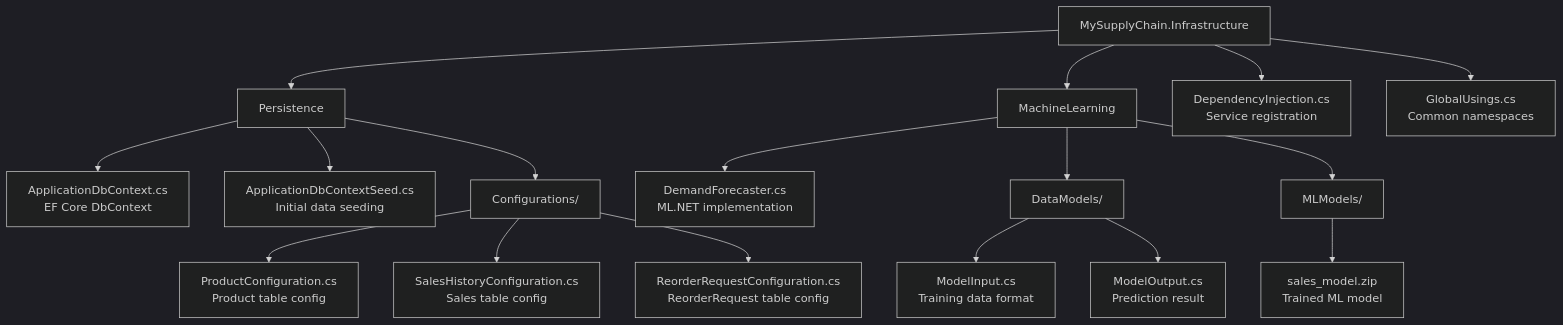
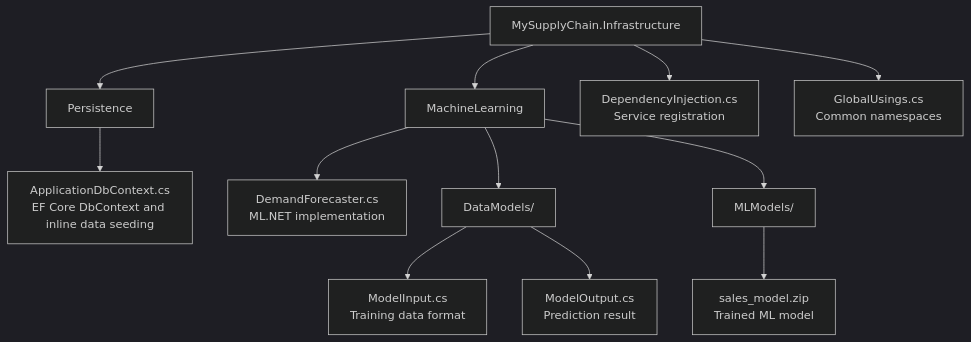
The diagram in MySupplyChain.Infrastructure/README.md (austinchima/MySupplyChain), drawn with Mermaid (dark theme) before and after one commit. The commit also changed other lines of this file and 17 other files, not shown here.

Commit message:
feat: implement core application logic, API endpoints, and comprehensive test suite for supply chain management

````diff
--- a/MySupplyChain.Infrastructure/README.md
+++ b/MySupplyChain.Infrastructure/README.md
@@ -11,23 +11,18 @@
 ```mermaid
 graph TD
     A[MySupplyChain.Infrastructure]
 
     A --> B[Persistence]
-    B --> B1[ApplicationDbContext.cs<br/>EF Core DbContext]
-    B --> B2[ApplicationDbContextSeed.cs<br/>Initial data seeding]
-    B --> B3[Configurations/]
-    B3 --> B3a[ProductConfiguration.cs<br/>Product table config]
-    B3 --> B3b[SalesHistoryConfiguration.cs<br/>Sales table config]
-    B3 --> B3c[ReorderRequestConfiguration.cs<br/>ReorderRequest table config]
+    B --> B1[ApplicationDbContext.cs<br/>EF Core DbContext and inline data seeding]
 
     A --> C[MachineLearning]
     C --> C1[DemandForecaster.cs<br/>ML.NET implementation]
     C --> C2[DataModels/]
     C2 --> C2a[ModelInput.cs<br/>Training data format]
     C2 --> C2b[ModelOutput.cs<br/>Prediction result]
     C --> C3[MLModels/]
     C3 --> C3a[sales_model.zip<br/>Trained ML model]
 
     A --> D[DependencyInjection.cs<br/>Service registration]
     A --> E[GlobalUsings.cs<br/>Common namespaces]
 ```
````
